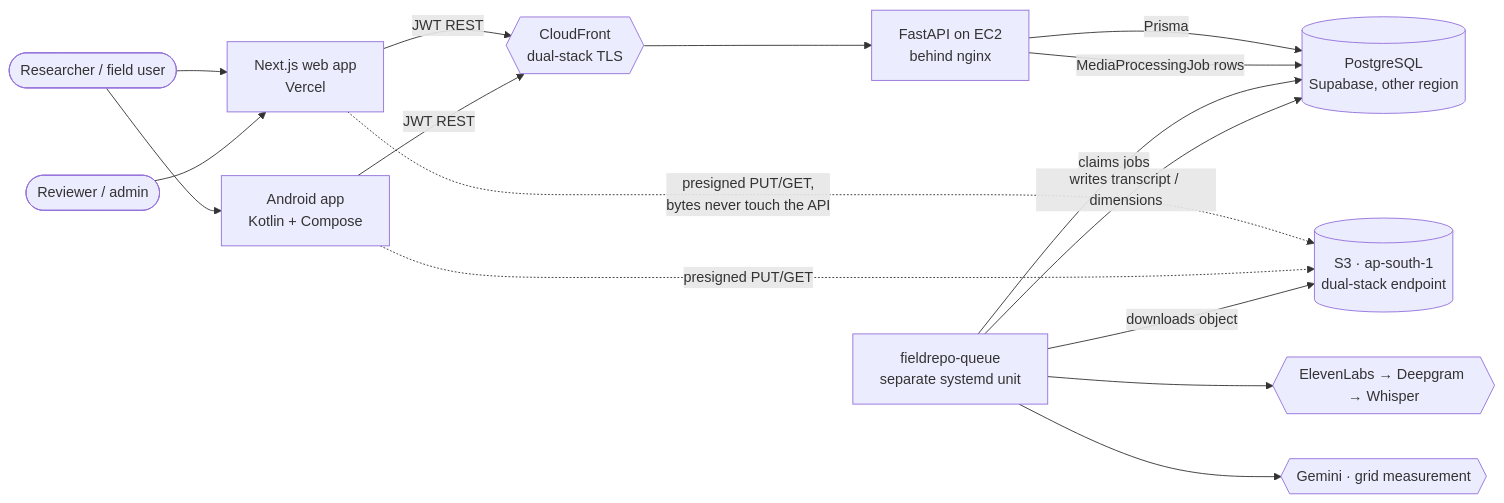
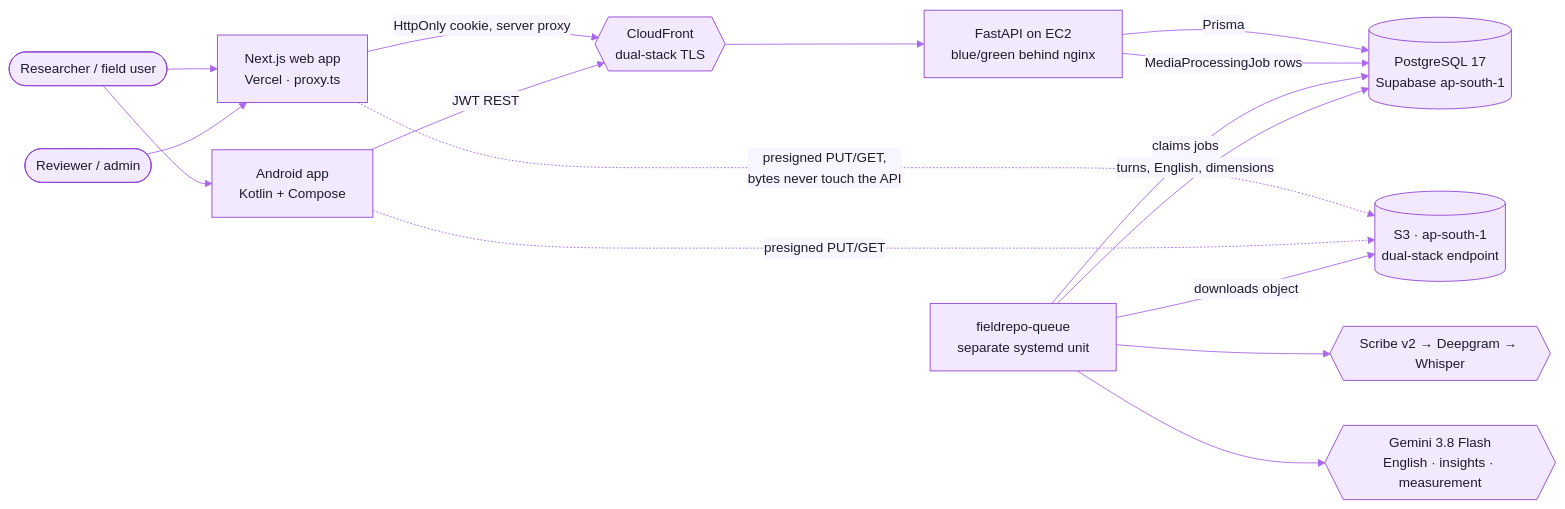
One commit to cxacraftecosystem-ui/documentation-portal changed the first of 14 diagrams in docs/ARCHITECTURE.md. Above: the diagram before and after it, drawn with Mermaid. The commit also changed other lines of this file and 106 other files, not shown here.

First line of the commit message:
README showcase: the front page rebuilt on the README kit (copied from designer-portal) with Field Repository content, the readme-check workflow, every docs diagram themed, and the docs brought to 0.0.10

````diff
--- a/docs/ARCHITECTURE.md
+++ b/docs/ARCHITECTURE.md
@@ -23,30 +23,31 @@
 ```mermaid
+%%{init: {"theme":"base","themeVariables":{"fontFamily":"Inter, ui-sans-serif, system-ui, -apple-system, Segoe UI, Roboto, Helvetica, Arial, sans-serif","fontSize":"15px","primaryColor":"#F2E9FE","primaryTextColor":"#1E1B2E","primaryBorderColor":"#9148D2","secondaryColor":"#FAEECD","secondaryTextColor":"#1E1B2E","secondaryBorderColor":"#CD9200","tertiaryColor":"#F3F1FA","tertiaryTextColor":"#1E1B2E","tertiaryBorderColor":"#A7A3BC","mainBkg":"#F2E9FE","nodeBorder":"#9148D2","nodeTextColor":"#1E1B2E","lineColor":"#AA69E9","textColor":"#857F9E","edgeLabelBackground":"#F9F5FF","clusterBkg":"#F9F5FF","clusterBorder":"#D6B6FB","titleColor":"#762CB1","noteBkgColor":"#FAEECD","noteTextColor":"#1E1B2E","noteBorderColor":"#CD9200","actorBkg":"#F2E9FE","actorBorder":"#9148D2","actorTextColor":"#1E1B2E","actorLineColor":"#AA69E9","signalColor":"#AA69E9","signalTextColor":"#857F9E","labelBoxBkgColor":"#F2E9FE","labelBoxBorderColor":"#9148D2","labelTextColor":"#1E1B2E","loopTextColor":"#857F9E","activationBkgColor":"#E7D5FE","activationBorderColor":"#9148D2","sequenceNumberColor":"#FFFFFF","transitionColor":"#AA69E9","transitionLabelColor":"#857F9E","stateLabelColor":"#1E1B2E","stateBkg":"#F2E9FE","compositeBackground":"#F9F5FF","compositeTitleBackground":"#F2E9FE","attributeBackgroundColorOdd":"#FFFFFF","attributeBackgroundColorEven":"#F9F5FF","relationColor":"#AA69E9","relationLabelBackground":"#F9F5FF","relationLabelColor":"#1E1B2E"}}}%%
 flowchart LR
   researcher([Researcher / field user])
   admin([Reviewer / admin])
-  web[Next.js web app<br/>Vercel]
+  web[Next.js web app<br/>Vercel · proxy.ts]
   android[Android app<br/>Kotlin + Compose]
   cf{{CloudFront<br/>dual-stack TLS}}
-  api[FastAPI on EC2<br/>behind nginx]
-  db[(PostgreSQL<br/>Supabase, other region)]
+  api[FastAPI on EC2<br/>blue/green behind nginx]
+  db[(PostgreSQL 17<br/>Supabase ap-south-1)]
   s3[(S3 · ap-south-1<br/>dual-stack endpoint)]
   worker[fieldrepo-queue<br/>separate systemd unit]
-  stt{{ElevenLabs → Deepgram → Whisper}}
-  gem{{Gemini · grid measurement}}
+  stt{{Scribe v2 → Deepgram → Whisper}}
+  gem{{Gemini 3.8 Flash<br/>English · insights · measurement}}
 
   researcher --> web
   researcher --> android
   admin --> web
-  web -->|JWT REST| cf
+  web -->|HttpOnly cookie, server proxy| cf
   android -->|JWT REST| cf
   cf --> api
   api -->|Prisma| db
   web -.->|presigned PUT/GET,<br/>bytes never touch the API| s3
   android -.->|presigned PUT/GET| s3
   api -->|MediaProcessingJob rows| db
   worker -->|claims jobs| db
   worker -->|downloads object| s3
   worker --> stt
   worker --> gem
-  worker -->|writes transcript / dimensions| db
+  worker -->|turns, English, dimensions| db
 ```
````
